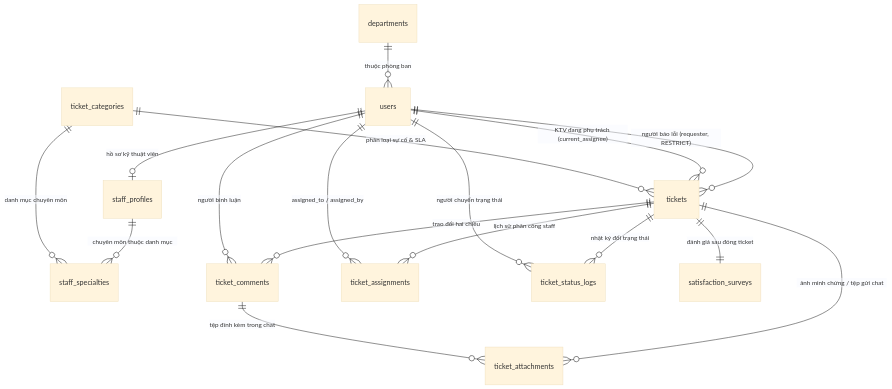
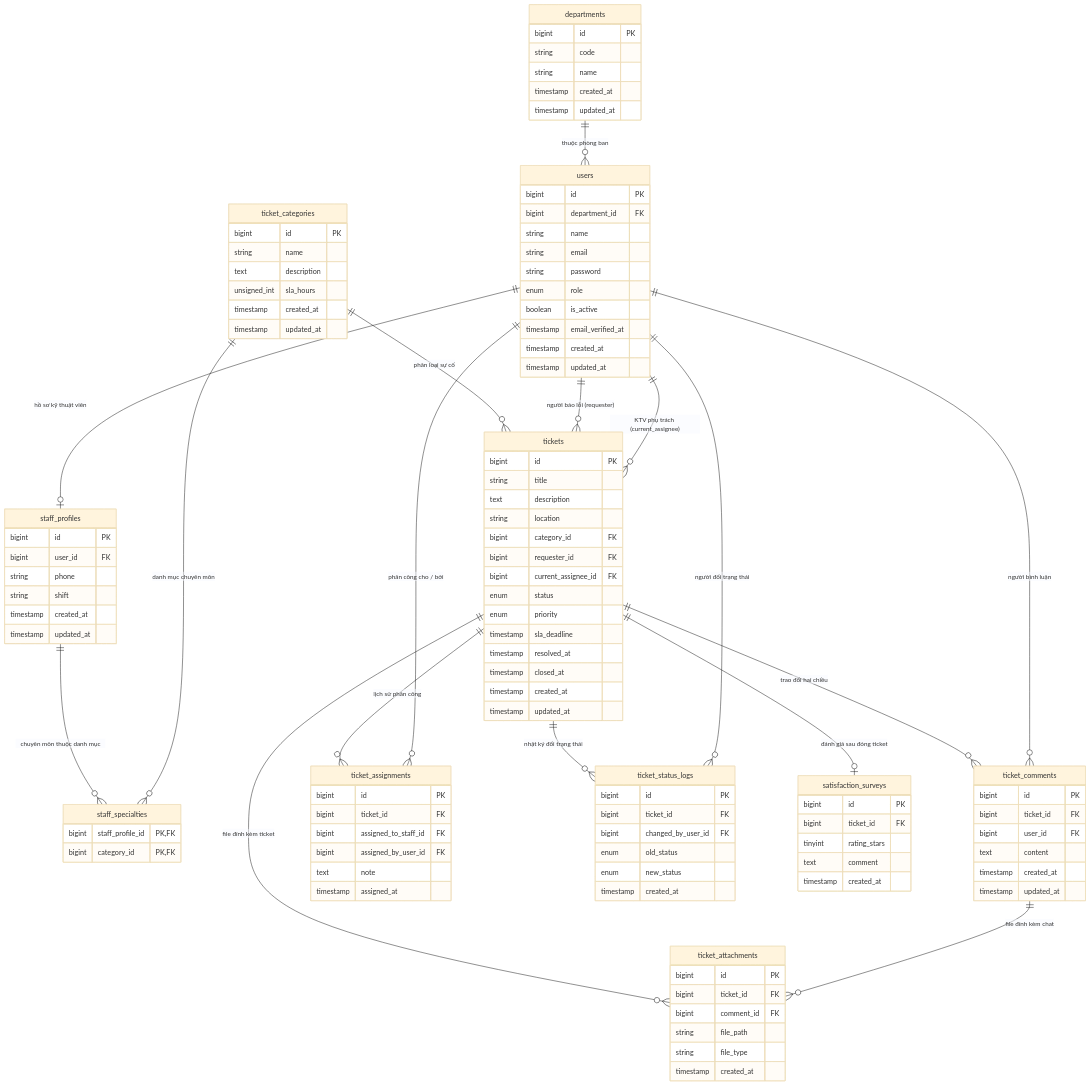
The diagram in database_schema.md (Leduong12a/CSE485-Nhom13), drawn with Mermaid (base theme) before and after one commit. The commit also changed other lines of this file and 1 other file, not shown here.

Commit message:
docs: update database schema ERD diagram with PK and FK attributes

````diff
--- a/database_schema.md
+++ b/database_schema.md
@@ -9,19 +9,131 @@
 ```mermaid
 erDiagram
+    departments {
+        bigint id PK
+        string code
+        string name
+        timestamp created_at
+        timestamp updated_at
+    }
+
+    users {
+        bigint id PK
+        bigint department_id FK
+        string name
+        string email
+        string password
+        enum role
+        boolean is_active
+        timestamp email_verified_at
+        timestamp created_at
+        timestamp updated_at
+    }
+
+    staff_profiles {
+        bigint id PK
+        bigint user_id FK
+        string phone
+        string shift
+        timestamp created_at
+        timestamp updated_at
+    }
+
+    ticket_categories {
+        bigint id PK
+        string name
+        text description
+        unsigned_int sla_hours
+        timestamp created_at
+        timestamp updated_at
+    }
+
+    staff_specialties {
+        bigint staff_profile_id PK, FK
+        bigint category_id PK, FK
+    }
+
+    tickets {
+        bigint id PK
+        string title
+        text description
+        string location
+        bigint category_id FK
+        bigint requester_id FK
+        bigint current_assignee_id FK
+        enum status
+        enum priority
+        timestamp sla_deadline
+        timestamp resolved_at
+        timestamp closed_at
+        timestamp created_at
+        timestamp updated_at
+    }
+
+    ticket_comments {
+        bigint id PK
+        bigint ticket_id FK
+        bigint user_id FK
+        text content
+        timestamp created_at
+        timestamp updated_at
+    }
+
+    ticket_attachments {
+        bigint id PK
+        bigint ticket_id FK
+        bigint comment_id FK
+        string file_path
+        string file_type
+        timestamp created_at
+    }
+
+    ticket_assignments {
+        bigint id PK
+        bigint ticket_id FK
+        bigint assigned_to_staff_id FK
+        bigint assigned_by_user_id FK
+        text note
+        timestamp assigned_at
+    }
+
+    ticket_status_logs {
+        bigint id PK
+        bigint ticket_id FK
+        bigint changed_by_user_id FK
+        enum old_status
+        enum new_status
+        timestamp created_at
+    }
+
+    satisfaction_surveys {
+        bigint id PK
+        bigint ticket_id FK
+        tinyint rating_stars
+        text comment
+        timestamp created_at
+    }
+
+    %% QUAN HỆ GIỮA CÁC BẢNG (RELATIONSHIPS)
     departments ||--o{ users : "thuộc phòng ban"
     users ||--o| staff_profiles : "hồ sơ kỹ thuật viên"
     staff_profiles ||--o{ staff_specialties : "chuyên môn thuộc danh mục"
     ticket_categories ||--o{ staff_specialties : "danh mục chuyên môn"
-    users ||--o{ tickets : "người báo lỗi (requester, RESTRICT)"
-    users ||--o{ tickets : "KTV đang phụ trách (current_assignee)"
-    ticket_categories ||--o{ tickets : "phân loại sự cố & SLA"
-    tickets ||--o{ ticket_attachments : "ảnh minh chứng / tệp gửi chat"
-    ticket_comments ||--o{ ticket_attachments : "tệp đính kèm trong chat"
-    tickets ||--o{ ticket_assignments : "lịch sử phân công staff"
-    users ||--o{ ticket_assignments : "assigned_to / assigned_by"
+
+    ticket_categories ||--o{ tickets : "phân loại sự cố"
+    users ||--o{ tickets : "người báo lỗi (requester)"
+    users ||--o{ tickets : "KTV phụ trách (current_assignee)"
+
     tickets ||--o{ ticket_comments : "trao đổi hai chiều"
     users ||--o{ ticket_comments : "người bình luận"
+
+    tickets ||--o{ ticket_attachments : "file đính kèm ticket"
+    ticket_comments ||--o{ ticket_attachments : "file đính kèm chat"
+
+    tickets ||--o{ ticket_assignments : "lịch sử phân công"
+    users ||--o{ ticket_assignments : "phân công cho / bởi"
+
     tickets ||--o{ ticket_status_logs : "nhật ký đổi trạng thái"
-    users ||--o{ ticket_status_logs : "người chuyển trạng thái"
-    tickets ||--|| satisfaction_surveys : "đánh giá sau đóng ticket"
+    users ||--o{ ticket_status_logs : "người đổi trạng thái"
+
+    tickets ||--o| satisfaction_surveys : "đánh giá sau đóng ticket"
 ```
````
